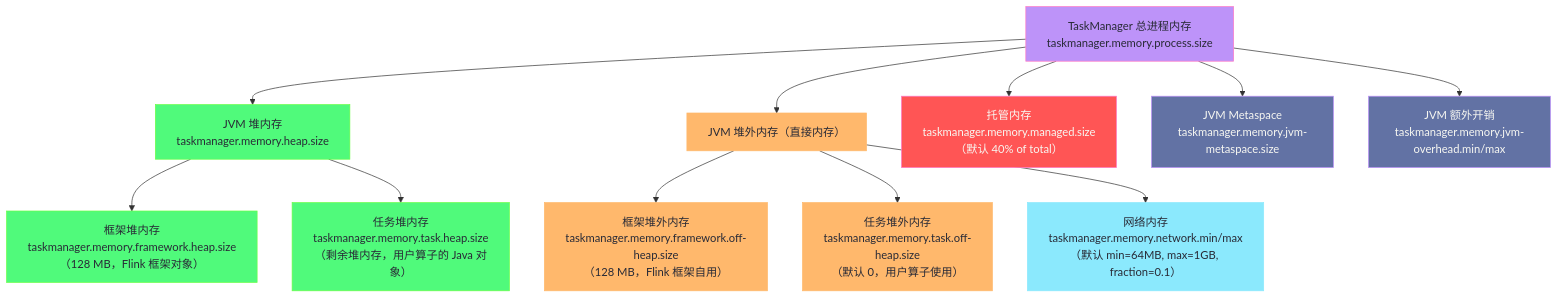
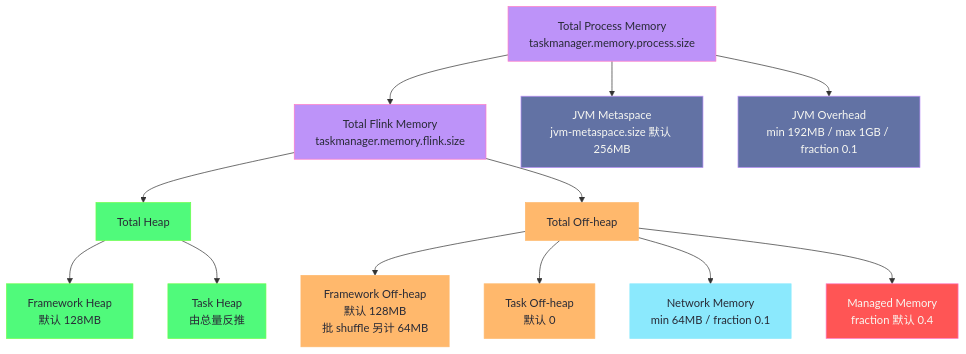
Before and after one commit to hpliStartAgain/my-brain: the first of 5 diagrams in content/大数据/Flink/Flink原理深度解析与性能优化/03 Flink 内存模型深度解析.md, drawn with Mermaid. The commit also changed other lines of this file and 455 other files, not shown here.

````diff
--- a/content/大数据/Flink/Flink原理深度解析与性能优化/03 Flink 内存模型深度解析.md
+++ b/content/大数据/Flink/Flink原理深度解析与性能优化/03 Flink 内存模型深度解析.md
@@ -59,25 +47,26 @@
 ```mermaid
 %%{init: {'theme': 'dracula'}}%%
 graph TD
     classDef total fill:#bd93f9,stroke:#ff79c6,color:#282a36
+    classDef jvm fill:#6272a4,stroke:#bd93f9,color:#f8f8f2
     classDef heap fill:#50fa7b,stroke:#69ff47,color:#282a36
-    classDef offheap fill:#ffb86c,stroke:#ffb86c,color:#282a36
-    classDef network fill:#8be9fd,stroke:#8be9fd,color:#282a36
-    classDef managed fill:#ff5555,stroke:#ff79c6,color:#f8f8f2
-    classDef jvm fill:#6272a4,stroke:#bd93f9,color:#f8f8f2
+    classDef off fill:#ffb86c,stroke:#ffb86c,color:#282a36
+    classDef net fill:#8be9fd,stroke:#8be9fd,color:#282a36
+    classDef man fill:#ff5555,stroke:#ff79c6,color:#f8f8f2
 
-    TOTAL["TaskManager 总进程内存</br>taskmanager.memory.process.size"]:::total
+    PROC["Total Process Memory<br/>taskmanager.memory.process.size"]:::total
+    PROC --> FLINK["Total Flink Memory<br/>taskmanager.memory.flink.size"]:::total
+    PROC --> META["JVM Metaspace<br/>jvm-metaspace.size 默认 256MB"]:::jvm
+    PROC --> OVH["JVM Overhead<br/>min 192MB / max 1GB / fraction 0.1"]:::jvm
 
-    TOTAL --> JVM_HEAP["JVM 堆内存</br>taskmanager.memory.heap.size"]:::heap
-    TOTAL --> OFF_HEAP["JVM 堆外内存（直接内存）"]:::offheap
-    TOTAL --> MANAGED["托管内存</br>taskmanager.memory.managed.size</br>（默认 40% of total）"]:::managed
-    TOTAL --> JVM_META["JVM Metaspace</br>taskmanager.memory.jvm-metaspace.size"]:::jvm
-    TOTAL --> JVM_OVH["JVM 额外开销</br>taskmanager.memory.jvm-overhead.min/max"]:::jvm
+    FLINK --> HEAP["Total Heap"]:::heap
+    FLINK --> OFF["Total Off-heap"]:::off
 
-    OFF_HEAP --> FRAMEWORK_OFF["框架堆外内存</br>taskmanager.memory.framework.off-heap.size</br>（128 MB，Flink 框架自用）"]:::offheap
-    OFF_HEAP --> TASK_OFF["任务堆外内存</br>taskmanager.memory.task.off-heap.size</br>（默认 0，用户算子使用）"]:::offheap
-    OFF_HEAP --> NETWORK["网络内存</br>taskmanager.memory.network.min/max</br>（默认 min=64MB, max=1GB, fraction=0.1）"]:::network
+    HEAP --> FH["Framework Heap<br/>默认 128MB"]:::heap
+    HEAP --> TH["Task Heap<br/>由总量反推"]:::heap
 
-    JVM_HEAP --> FRAMEWORK_HEAP["框架堆内存</br>taskmanager.memory.framework.heap.size</br>（128 MB，Flink 框架对象）"]:::heap
-    JVM_HEAP --> TASK_HEAP["任务堆内存</br>taskmanager.memory.task.heap.size</br>（剩余堆内存，用户算子的 Java 对象）"]:::heap
+    OFF --> FOH["Framework Off-heap<br/>默认 128MB<br/>批 shuffle 另计 64MB"]:::off
+    OFF --> TOH["Task Off-heap<br/>默认 0"]:::off
+    OFF --> NET["Network Memory<br/>min 64MB / fraction 0.1"]:::net
+    OFF --> MAN["Managed Memory<br/>fraction 默认 0.4"]:::man
 ```
````
